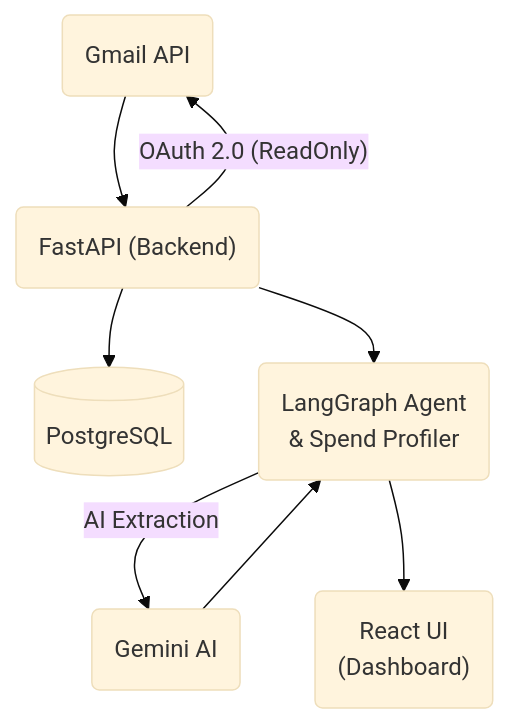
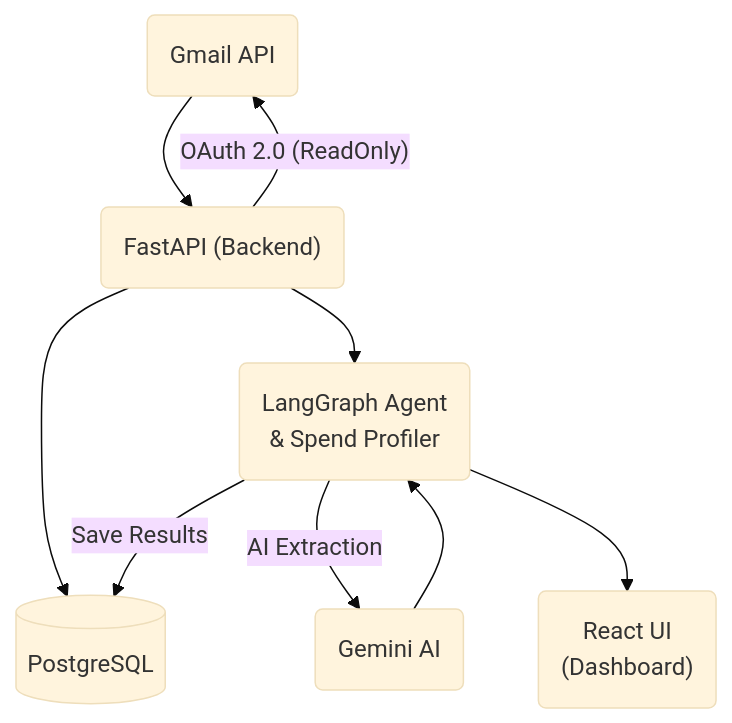
One commit to prudhvi-1618/SpendLens changed the first of 2 diagrams in README.md. Above: the diagram before and after it, drawn with Mermaid (base theme). The commit also changed other lines of this file and 1 other file, not shown here.

Commit message:
update: Added Agent Workflow Diagram in readme.md file

````diff
--- a/README.md
+++ b/README.md
@@ -7,17 +7,18 @@
 ```mermaid
 graph TD
     Gmail("Gmail API")
     FastAPI("FastAPI (Backend)")
     DB[("PostgreSQL")]
     Agent("LangGraph Agent<br>& Spend Profiler")
     Gemini("Gemini AI")
     UI("React UI<br>(Dashboard)")
 
     FastAPI -- "OAuth 2.0 (ReadOnly)" --> Gmail
     Gmail --> FastAPI
     FastAPI --> DB
     FastAPI --> Agent
     Agent -- "AI Extraction" --> Gemini
     Gemini --> Agent
+    Agent -- "Save Results" --> DB
     Agent --> UI
 ```
````
